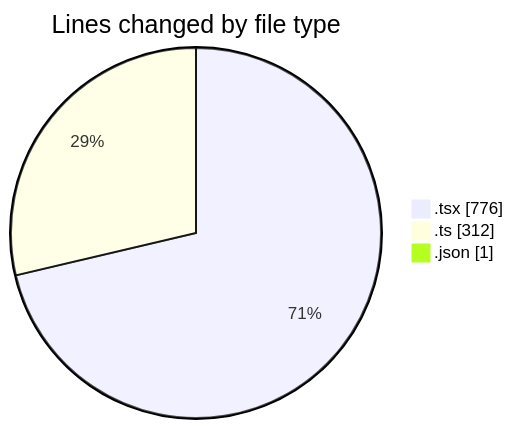
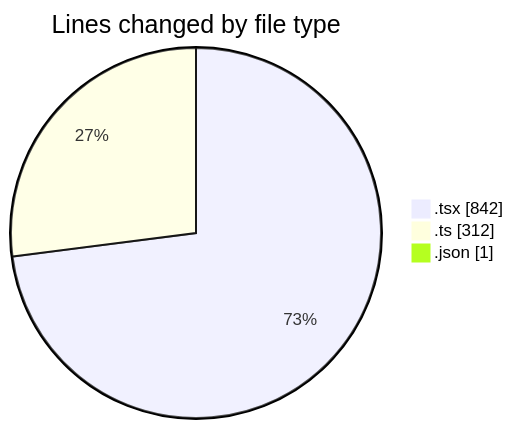
The first of 2 diagrams in 2025-10-08/eventscop-frontend-guide__workspace_/README.md (julien-gomy/code-tracking), drawn with Mermaid before and after one commit. The commit also changed other lines of this file and 1 other file, not shown here.

````diff
--- a/2025-10-08/eventscop-frontend-guide__workspace_/README.md
+++ b/2025-10-08/eventscop-frontend-guide__workspace_/README.md
@@ -26,7 +27,7 @@
 ```mermaid
 pie showData
 title Lines changed by file type
-".tsx" : 776
+".tsx" : 842
 ".ts" : 312
 ".json" : 1
 ```
````
